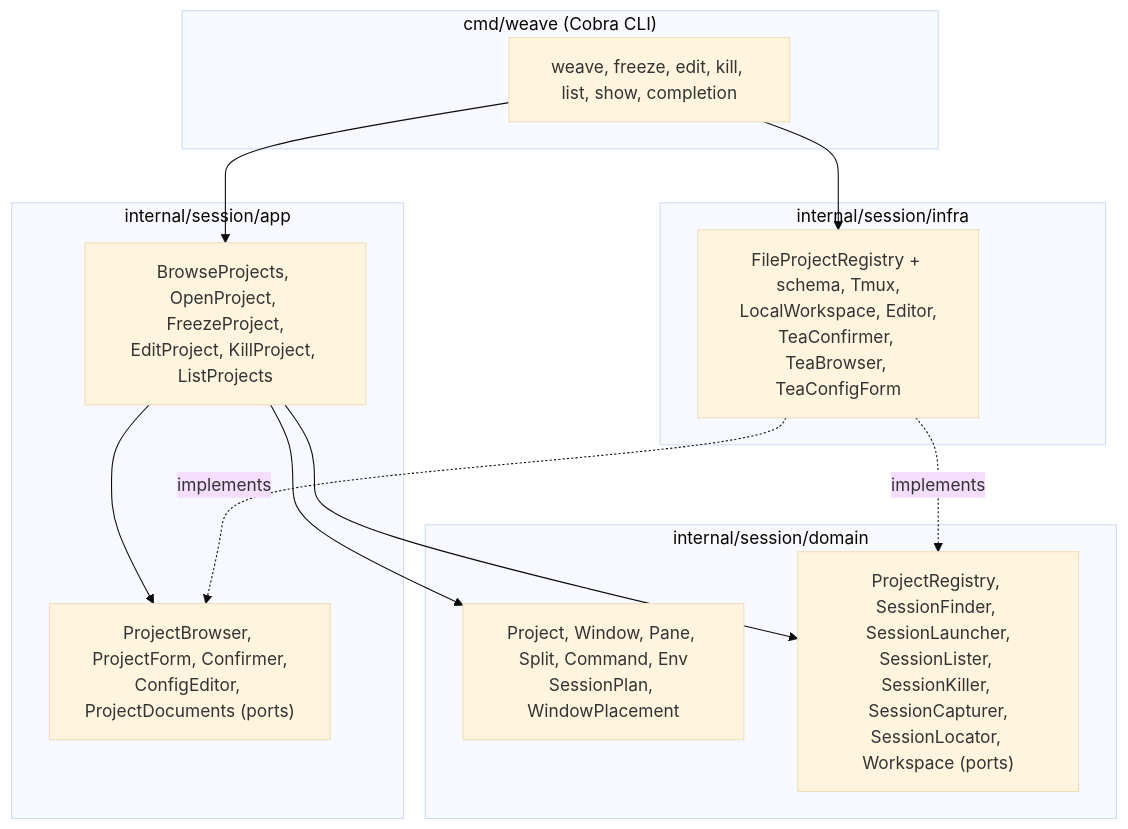
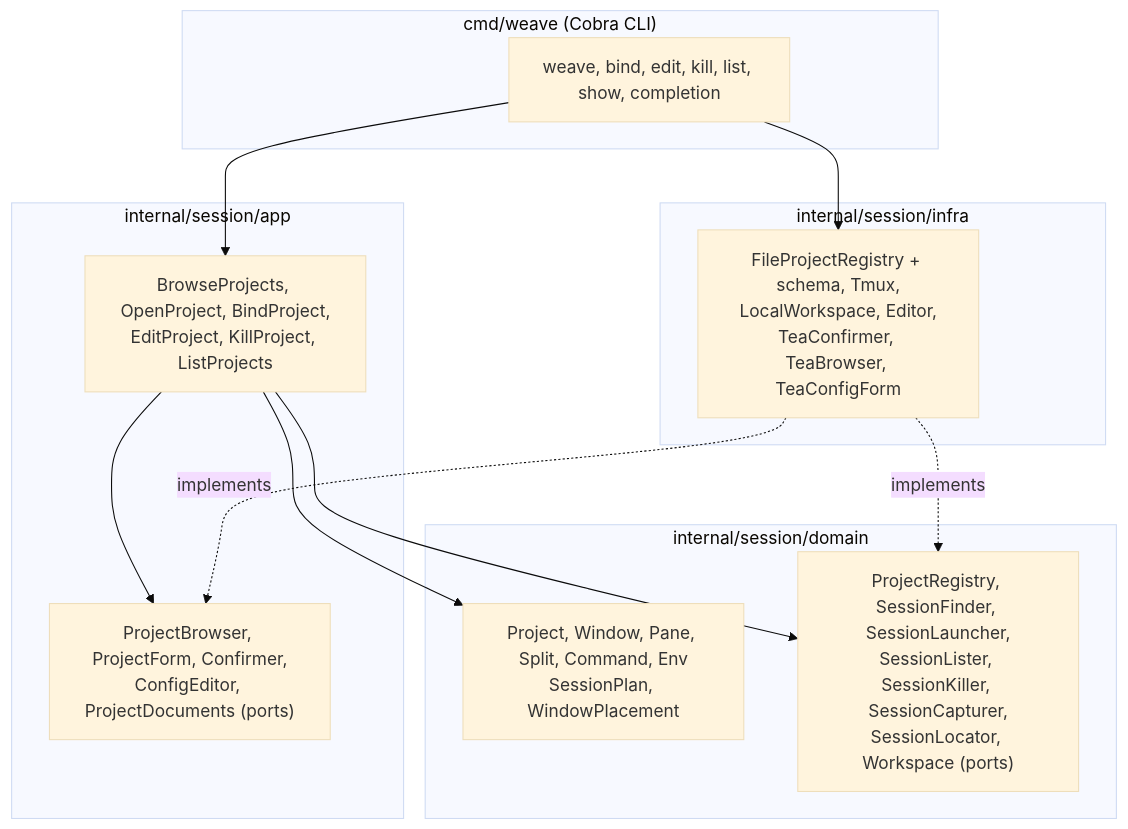
One commit to medilies/weaver changed the diagram in docs/development.md. Above: the diagram before and after it, drawn with Mermaid (base theme). The commit also changed 23 other files, not shown here.

First line of the commit message:
feat(cli)!: rename freeze to bind

````diff
--- a/docs/development.md
+++ b/docs/development.md
@@ -20,25 +20,25 @@
 ```mermaid
 graph TD
     subgraph cmd["cmd/weave (Cobra CLI)"]
-        CLI["weave, freeze, edit, kill, list, show, completion"]
+        CLI["weave, bind, edit, kill, list, show, completion"]
     end
     subgraph app["internal/session/app"]
-        UC["BrowseProjects, OpenProject, FreezeProject,<br/>EditProject, KillProject, ListProjects"]
+        UC["BrowseProjects, OpenProject, BindProject,<br/>EditProject, KillProject, ListProjects"]
         AP["ProjectBrowser, ProjectForm, Confirmer,<br/>ConfigEditor, ProjectDocuments (ports)"]
     end
     subgraph domain["internal/session/domain"]
         M["Project, Window, Pane, Split, Command, Env<br/>SessionPlan, WindowPlacement"]
         DP["ProjectRegistry, SessionFinder, SessionLauncher,<br/>SessionLister, SessionKiller, SessionCapturer,<br/>SessionLocator, Workspace (ports)"]
     end
     subgraph infra["internal/session/infra"]
         A["FileProjectRegistry + schema, Tmux,<br/>LocalWorkspace, Editor,<br/>TeaConfirmer, TeaBrowser, TeaConfigForm"]
     end
 
     CLI --> UC
     CLI --> A
     UC --> M
     UC --> DP
     UC --> AP
     A -.implements.-> DP
     A -.implements.-> AP
 ```
````
